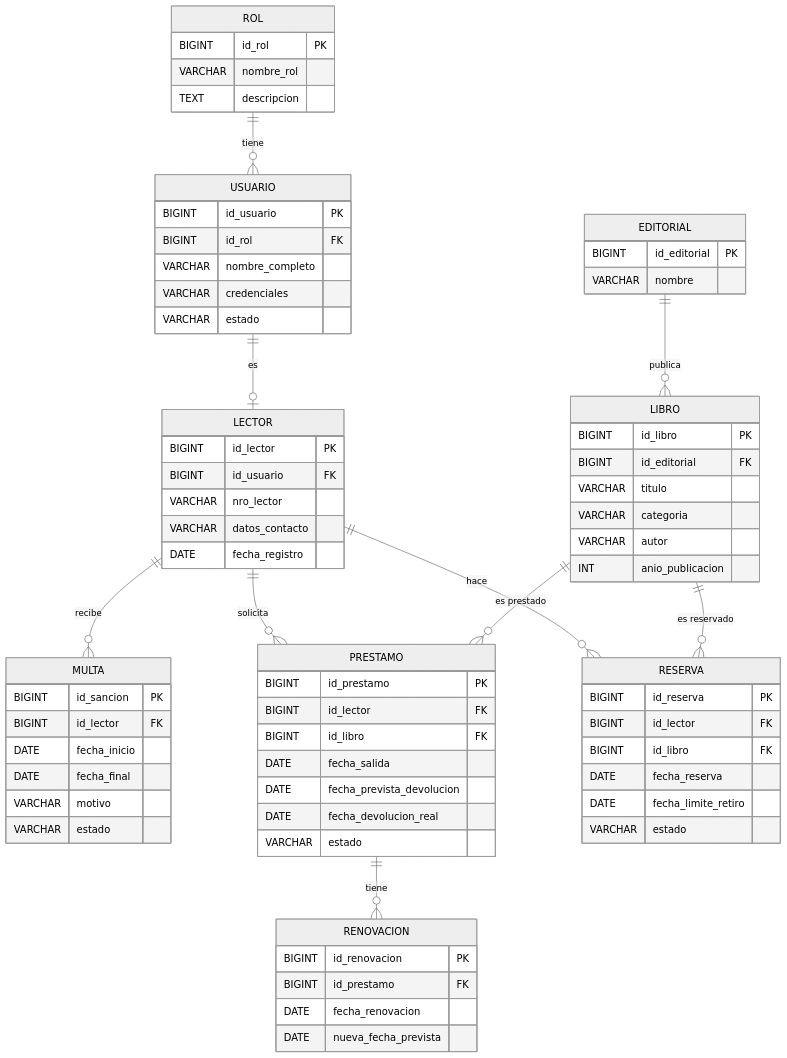
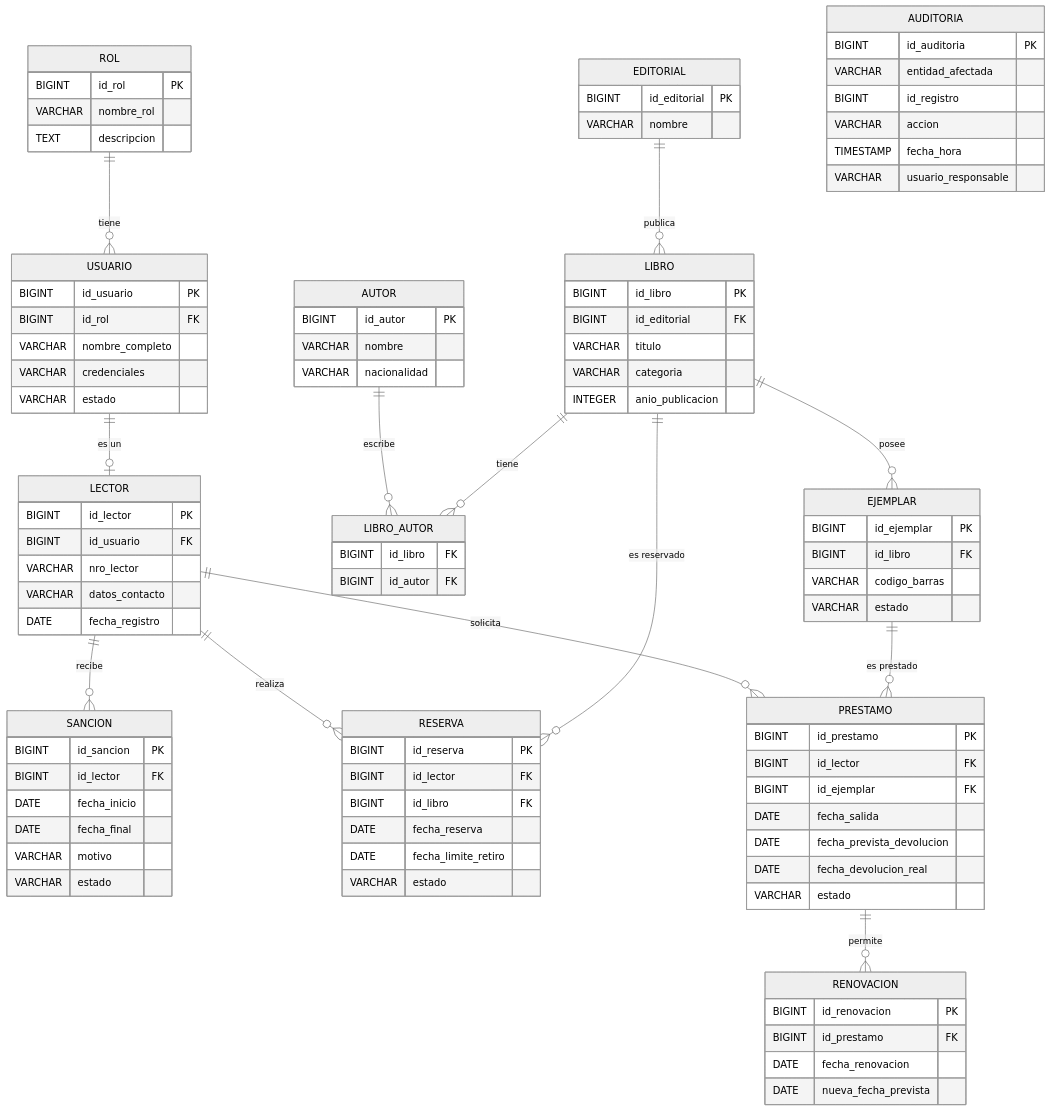
The diagram in README.md (Javier758-ux/BiblioSmart), drawn with Mermaid (neutral theme) before and after one commit.

Commit message:
README.md

````diff
--- a/README.md
+++ b/README.md
@@ -70,20 +70,30 @@
 ```mermaid
 erDiagram
     ROL ||--o{ USUARIO : "tiene"
-    USUARIO ||--o| LECTOR : "es"
-    LECTOR ||--o{ MULTA : "recibe"
+    USUARIO ||--o| LECTOR : "es un"
+    
+    AUTOR ||--o{ LIBRO_AUTOR : "escribe"
+    LIBRO ||--o{ LIBRO_AUTOR : "tiene"
+    
+    EDITORIAL ||--o{ LIBRO : "publica"
+    
+    LIBRO ||--o{ EJEMPLAR : "posee"
+    
+    LECTOR ||--o{ SANCION : "recibe"
+    LECTOR ||--o{ RESERVA : "realiza"
     LECTOR ||--o{ PRESTAMO : "solicita"
-    LECTOR ||--o{ RESERVA : "hace"
-    EDITORIAL ||--o{ LIBRO : "publica"
-    LIBRO ||--o{ PRESTAMO : "es prestado"
+    
+    EJEMPLAR ||--o{ PRESTAMO : "es prestado"
     LIBRO ||--o{ RESERVA : "es reservado"
-    PRESTAMO ||--o{ RENOVACION : "tiene"
+    
+    PRESTAMO ||--o{ RENOVACION : "permite"
 
     ROL {
         BIGINT id_rol PK
         VARCHAR nombre_rol
         TEXT descripcion
     }
+
     USUARIO {
         BIGINT id_usuario PK
         BIGINT id_rol FK
@@ -91,6 +101,7 @@
         VARCHAR credenciales
         VARCHAR estado
     }
+
     LECTOR {
         BIGINT id_lector PK
         BIGINT id_usuario FK
@@ -98,41 +109,55 @@
         VARCHAR datos_contacto
         DATE fecha_registro
     }
-    MULTA {
-        BIGINT id_sancion PK
-        BIGINT id_lector FK
-        DATE fecha_inicio
-        DATE fecha_final
-        VARCHAR motivo
-        VARCHAR estado
+
+    AUTOR {
+        BIGINT id_autor PK
+        VARCHAR nombre
+        VARCHAR nacionalidad
     }
+
     EDITORIAL {
         BIGINT id_editorial PK
         VARCHAR nombre
     }
+
     LIBRO {
         BIGINT id_libro PK
         BIGINT id_editorial FK
         VARCHAR titulo
         VARCHAR categoria
-        VARCHAR autor
-        INT anio_publicacion
+        INTEGER anio_publicacion
     }
+
+    LIBRO_AUTOR {
+        BIGINT id_libro FK
+        BIGINT id_autor FK
+    }
+
+    EJEMPLAR {
+        BIGINT id_ejemplar PK
+        BIGINT id_libro FK
+        VARCHAR codigo_barras
+        VARCHAR estado
+    }
+
     PRESTAMO {
         BIGINT id_prestamo PK
         BIGINT id_lector FK
-        BIGINT id_libro FK
+        BIGINT id_ejemplar FK
         DATE fecha_salida
         DATE fecha_prevista_devolucion
         DATE fecha_devolucion_real
         VARCHAR estado
     }
+
     RENOVACION {
         BIGINT id_renovacion PK
         BIGINT id_prestamo FK
         DATE fecha_renovacion
         DATE nueva_fecha_prevista
     }
+
     RESERVA {
         BIGINT id_reserva PK
         BIGINT id_lector FK
@@ -141,4 +166,22 @@
         DATE fecha_limite_retiro
         VARCHAR estado
     }
+
+    SANCION {
+        BIGINT id_sancion PK
+        BIGINT id_lector FK
+        DATE fecha_inicio
+        DATE fecha_final
+        VARCHAR motivo
+        VARCHAR estado
+    }
+
+    AUDITORIA {
+        BIGINT id_auditoria PK
+        VARCHAR entidad_afectada
+        BIGINT id_registro
+        VARCHAR accion
+        TIMESTAMP fecha_hora
+        VARCHAR usuario_responsable
+    }
 ```
````
